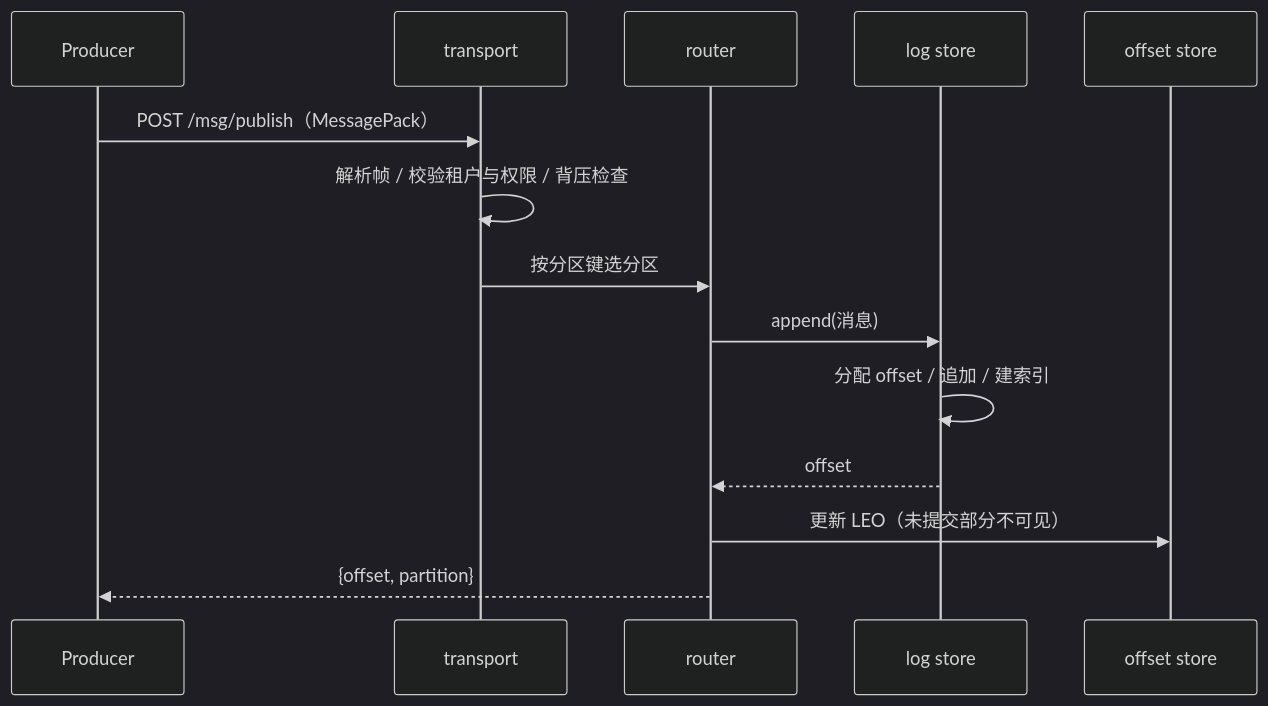
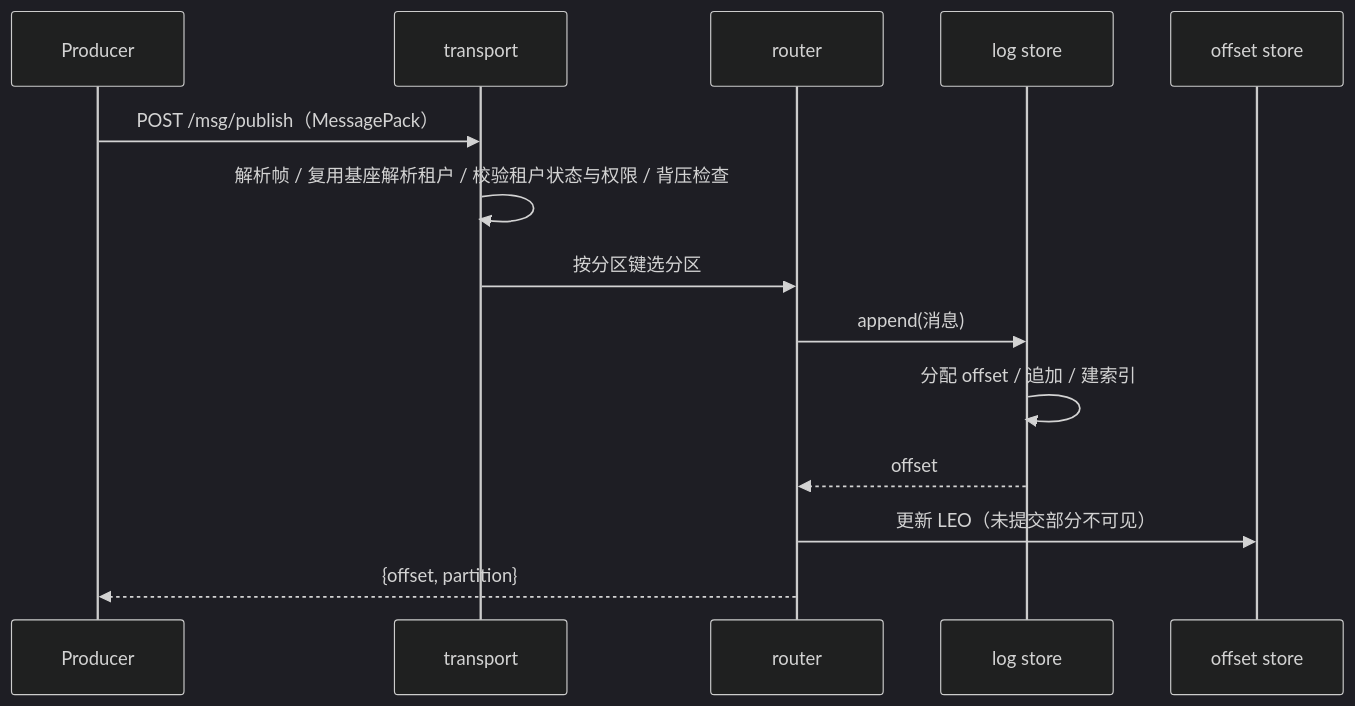
One commit to minjian123/message-platform changed the second of 5 diagrams in msg文档/设计/架构设计/03_架构设计_总体架构.md. Above: the diagram before and after it, drawn with Mermaid (dark theme). The commit also changed other lines of this file and 14 other files, not shown here.

````diff
--- a/msg文档/设计/架构设计/03_架构设计_总体架构.md
+++ b/msg文档/设计/架构设计/03_架构设计_总体架构.md
@@ -72,16 +72,16 @@
 ```mermaid
 sequenceDiagram
     participant P as Producer
     participant T as transport
     participant R as router
     participant L as log store
     participant O as offset store
     P->>T: POST /msg/publish（MessagePack）
-    T->>T: 解析帧 / 校验租户与权限 / 背压检查
+    T->>T: 解析帧 / 复用基座解析租户 / 校验租户状态与权限 / 背压检查
     T->>R: 按分区键选分区
     R->>L: append(消息)
     L->>L: 分配 offset / 追加 / 建索引
     L-->>R: offset
     R->>O: 更新 LEO（未提交部分不可见）
     R-->>P: {offset, partition}
 ```
````
